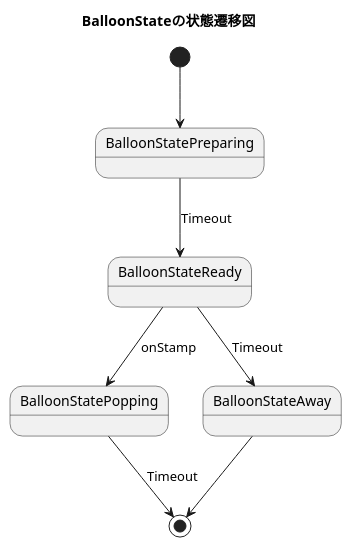
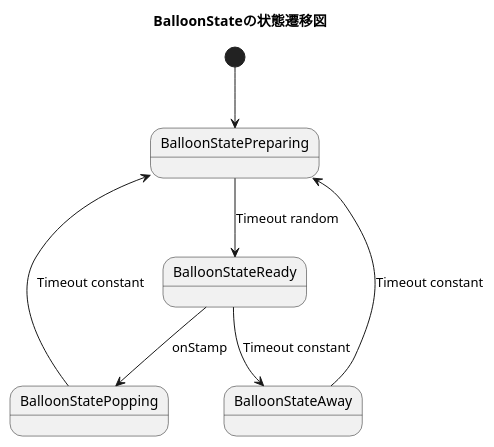
The diagram in uml/state-diagram-balloon.puml (novogrammer/balloon-popping-game), drawn with PlantUML before and after one commit. The commit also changed 20 other files, not shown here.

```diff
--- a/uml/state-diagram-balloon.puml
+++ b/uml/state-diagram-balloon.puml
@@ -1,13 +1,13 @@
 @startuml BalloonStateの状態遷移図
 title BalloonStateの状態遷移図
 
 
 [*] --> BalloonStatePreparing
-BalloonStatePreparing --> BalloonStateReady : Timeout
+BalloonStatePreparing --> BalloonStateReady : Timeout random
 BalloonStateReady --> BalloonStatePopping : onStamp
-BalloonStatePopping --> [*] : Timeout
-BalloonStateReady --> BalloonStateAway : Timeout
-BalloonStateAway --> [*]
+BalloonStatePopping --> BalloonStatePreparing : Timeout constant
+BalloonStateReady --> BalloonStateAway : Timeout constant
+BalloonStateAway --> BalloonStatePreparing : Timeout constant
 
 
 @enduml
```
